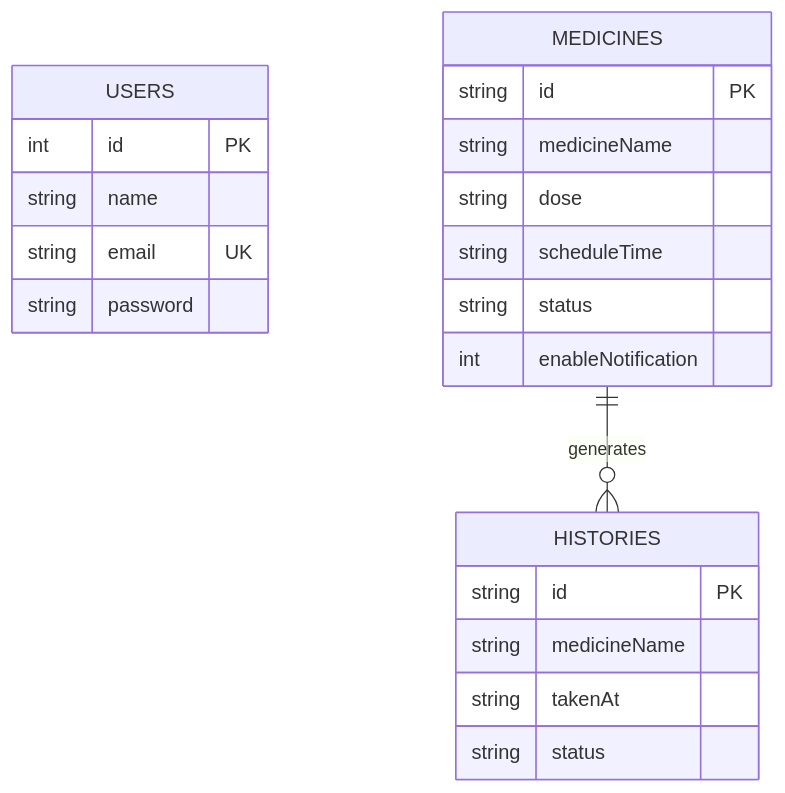
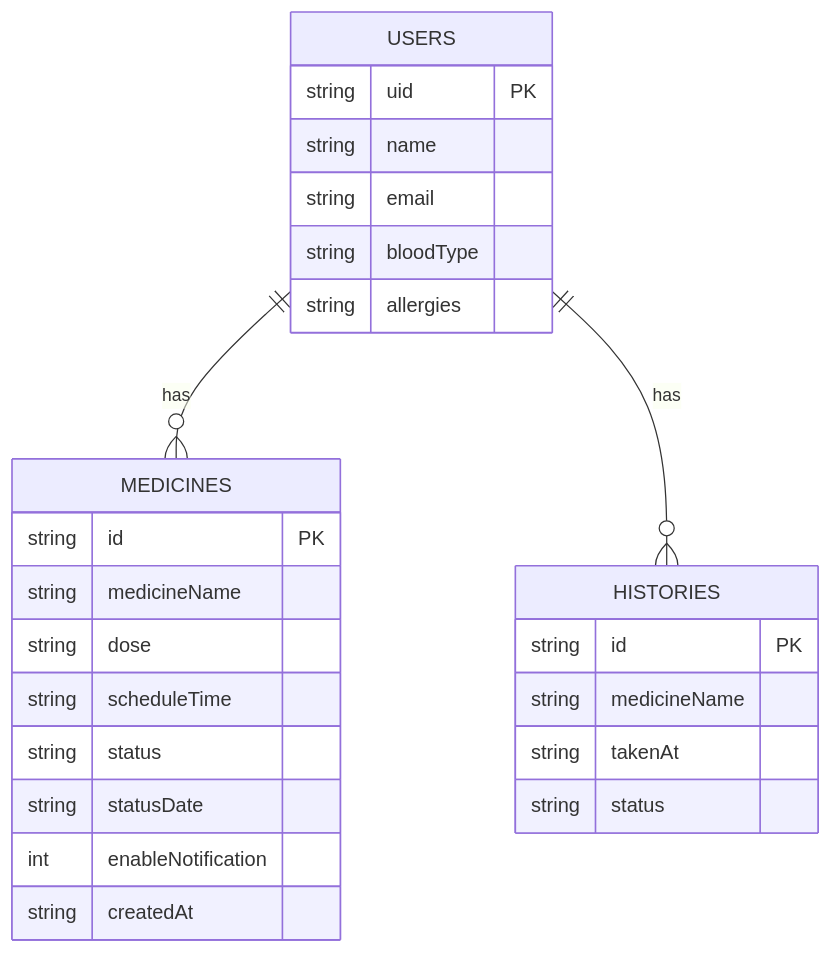
Before and after one commit to Aryo820/jagadosis: the fourth of 6 diagrams in prd.md, drawn with Mermaid. The commit also changed other lines of this file, not shown here.

````diff
--- a/prd.md
+++ b/prd.md
@@ -434,27 +412,28 @@
 ```mermaid
 erDiagram
+    USERS ||--o{ MEDICINES : "has"
+    USERS ||--o{ HISTORIES : "has"
     USERS {
-        int id PK
+        string uid PK
         string name
-        string email UK
-        string password
+        string email
+        string bloodType
+        string allergies
     }
-    
     MEDICINES {
         string id PK
         string medicineName
         string dose
         string scheduleTime
         string status
+        string statusDate
         int enableNotification
+        string createdAt
     }
-    
     HISTORIES {
         string id PK
         string medicineName
         string takenAt
         string status
     }
-    
-    MEDICINES ||--o{ HISTORIES : "generates"
 ```
````
